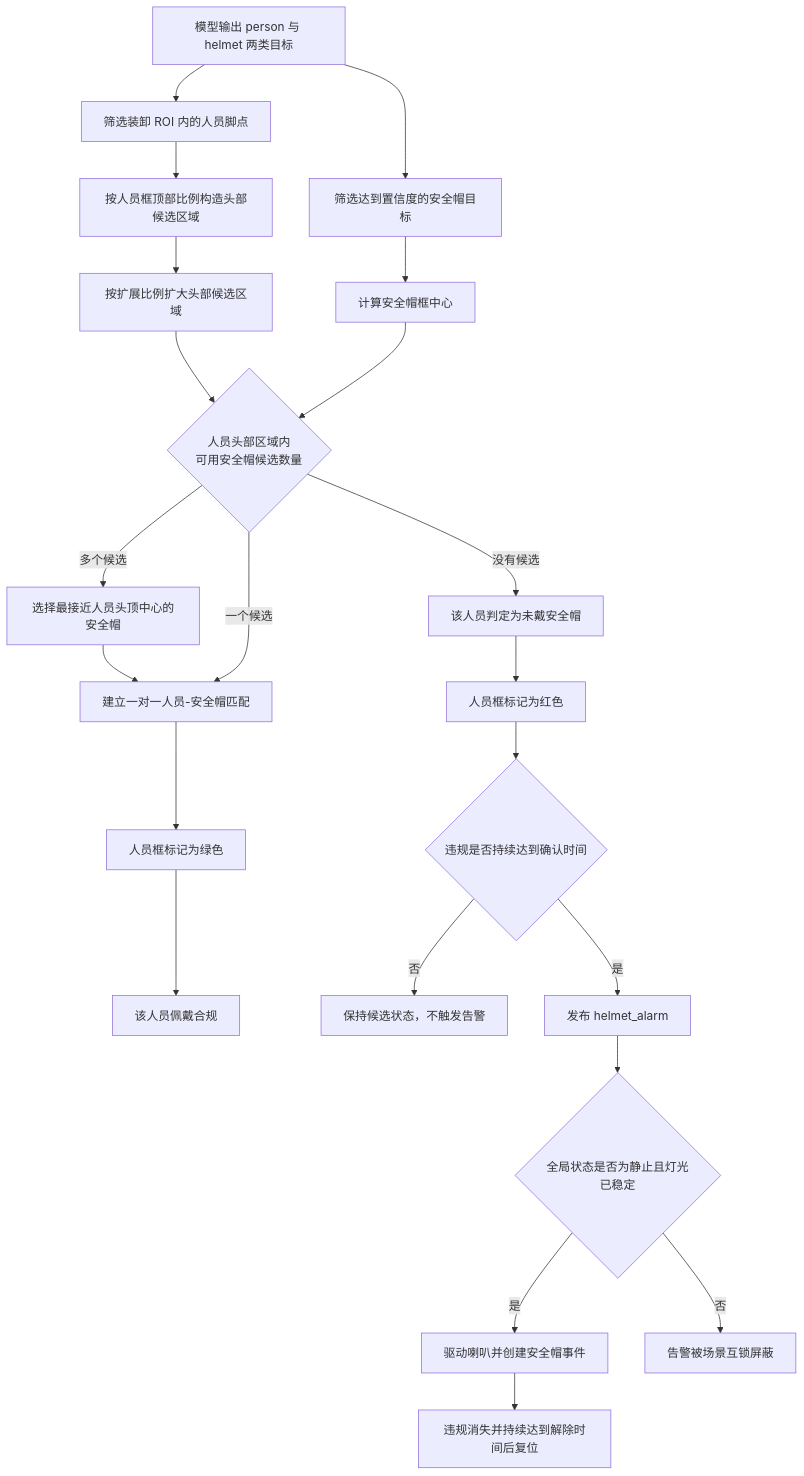
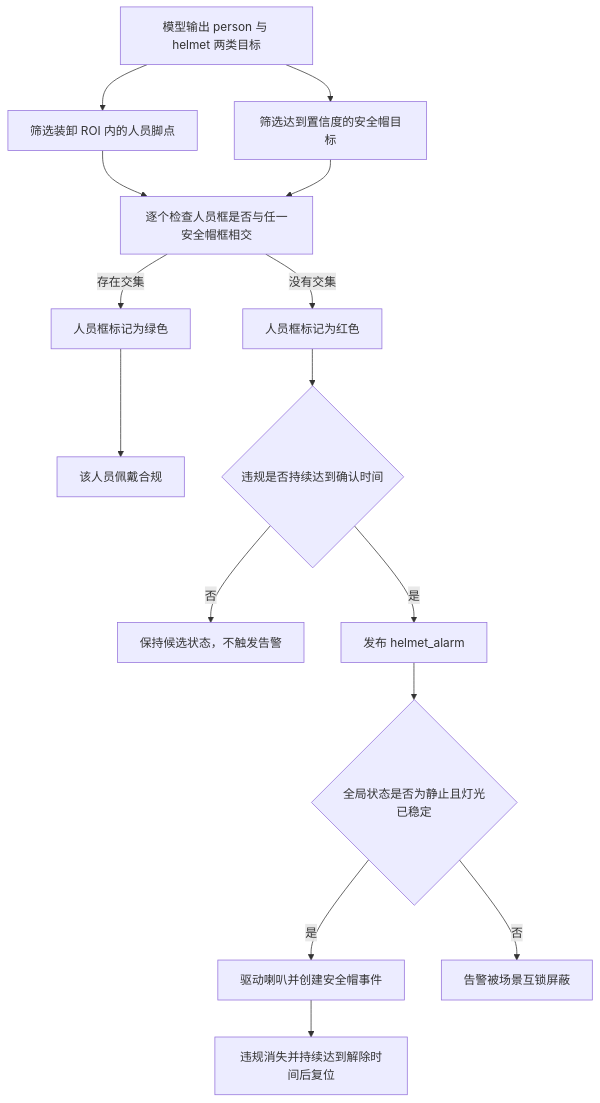
One commit to LaoWei2001/rk3588_visual_analysis_framework changed the sixth of 10 diagrams in vision_analysis/src/logic/global_modules/global_crane_safety_controller/CRANE_SAFETY_SYSTEM_DESIGN.md. Above: the diagram before and after it, drawn with Mermaid. The commit also changed other lines of this file and 51 other files, not shown here.

Commit message:
2026/09/24 添加bytetrack跟踪算法，web端可按时间筛选报警图片

````diff
--- a/vision_analysis/src/logic/global_modules/global_crane_safety_controller/CRANE_SAFETY_SYSTEM_DESIGN.md
+++ b/vision_analysis/src/logic/global_modules/global_crane_safety_controller/CRANE_SAFETY_SYSTEM_DESIGN.md
@@ -261,24 +261,17 @@
 ```mermaid
 flowchart TD
     A["模型输出 person 与 helmet 两类目标"] --> B["筛选装卸 ROI 内的人员脚点"]
     A --> C["筛选达到置信度的安全帽目标"]
-    B --> D["按人员框顶部比例构造头部候选区域"]
-    D --> E["按扩展比例扩大头部候选区域"]
-    C --> F["计算安全帽框中心"]
-    E --> G{"人员头部区域内<br/>可用安全帽候选数量"}
-    F --> G
-    G -->|多个候选| H["选择最接近人员头顶中心的安全帽"]
-    H --> I["建立一对一人员-安全帽匹配"]
-    G -->|一个候选| I
-    G -->|没有候选| J["该人员判定为未戴安全帽"]
-    I --> K["人员框标记为绿色"]
-    J --> L["人员框标记为红色"]
+    B --> D["逐个检查人员框是否与任一安全帽框相交"]
+    C --> D
+    D -->|存在交集| K["人员框标记为绿色"]
+    D -->|没有交集| L["人员框标记为红色"]
     K --> R["该人员佩戴合规"]
     L --> M{"违规是否持续达到确认时间"}
     M -->|否| S["保持候选状态，不触发告警"]
     M -->|是| N["发布 helmet_alarm"]
     N --> O{"全局状态是否为静止且灯光已稳定"}
     O -->|是| P["驱动喇叭并创建安全帽事件"]
     O -->|否| Q["告警被场景互锁屏蔽"]
     P --> T["违规消失并持续达到解除时间后复位"]
 ```
````
